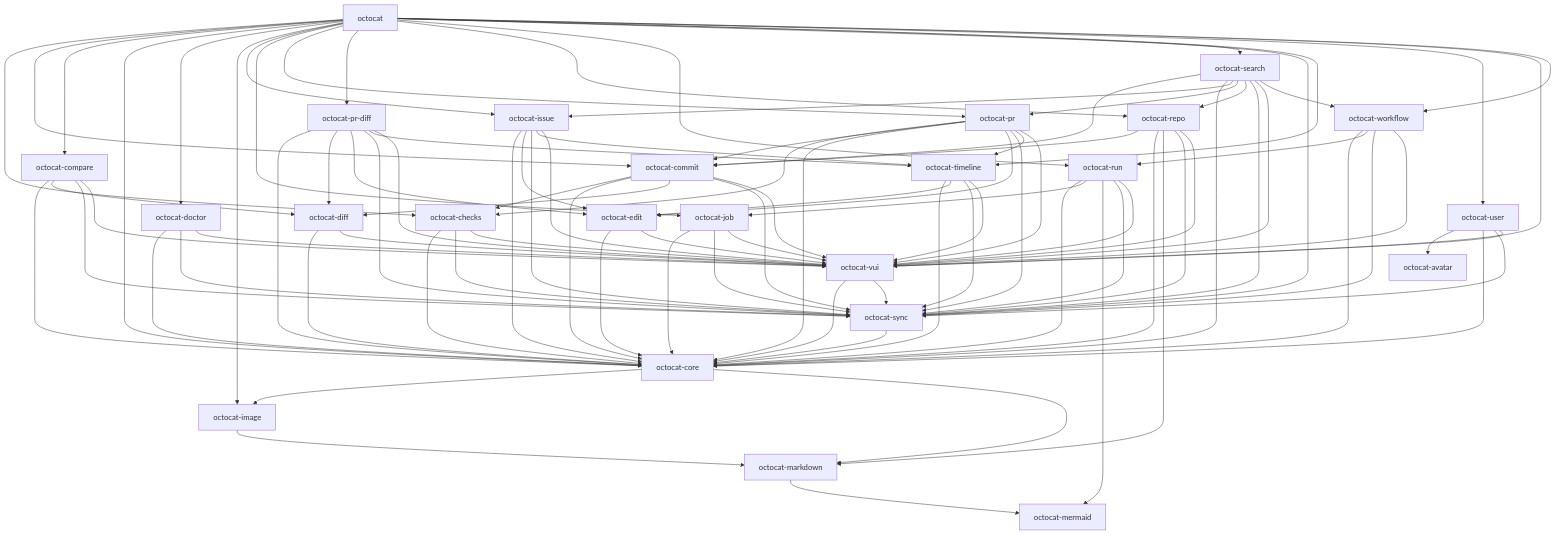
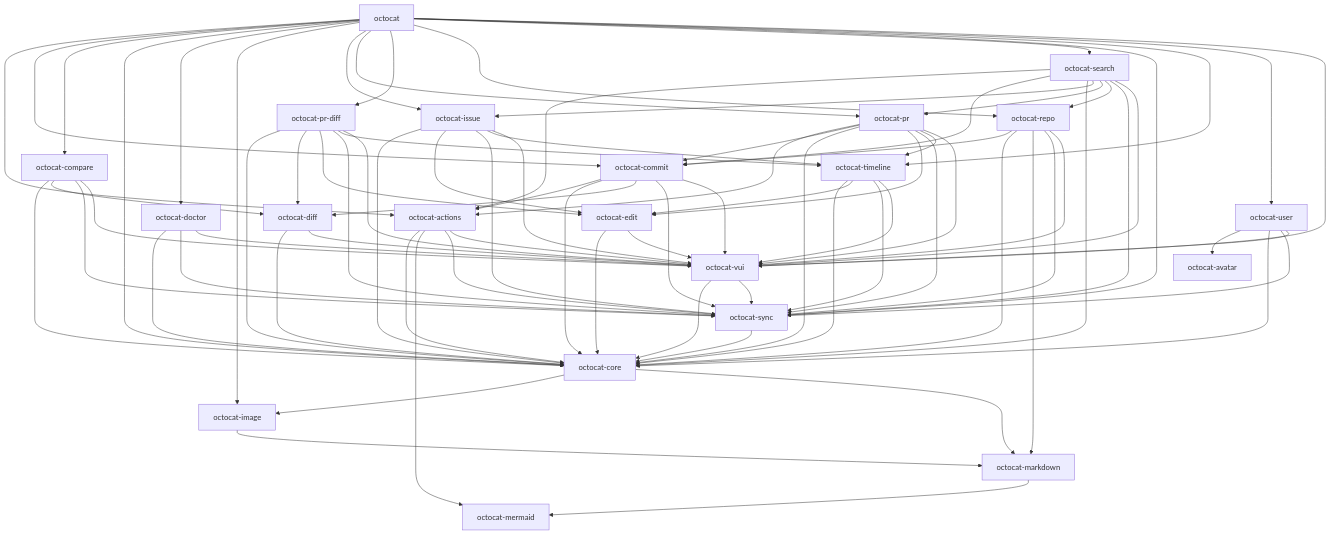
The first of 2 diagrams in docs/architecture.md (razzmatazz/octocat.el), drawn with Mermaid before and after one commit. The commit also changed other lines of this file and 17 other files, not shown here.

First line of the commit message:
Fold the job, run, workflow and checks pages into octocat-actions

````diff
--- a/docs/architecture.md
+++ b/docs/architecture.md
@@ -46,7 +48,7 @@
 ```mermaid
 flowchart TD
+  octocat_actions[octocat-actions]
   octocat_avatar[octocat-avatar]
-  octocat_checks[octocat-checks]
   octocat_commit[octocat-commit]
   octocat_compare[octocat-compare]
   octocat_core[octocat-core]
@@ -55,24 +57,22 @@
   octocat_edit[octocat-edit]
   octocat_image[octocat-image]
   octocat_issue[octocat-issue]
-  octocat_job[octocat-job]
   octocat_markdown[octocat-markdown]
   octocat_mermaid[octocat-mermaid]
   octocat_pr_diff[octocat-pr-diff]
   octocat_pr[octocat-pr]
   octocat_repo[octocat-repo]
-  octocat_run[octocat-run]
   octocat_search[octocat-search]
   octocat_sync[octocat-sync]
   octocat_timeline[octocat-timeline]
   octocat_user[octocat-user]
   octocat_vui[octocat-vui]
-  octocat_workflow[octocat-workflow]
   octocat[octocat]
-  octocat_checks --> octocat_core
-  octocat_checks --> octocat_sync
-  octocat_checks --> octocat_vui
-  octocat_commit --> octocat_checks
+  octocat_actions --> octocat_core
+  octocat_actions --> octocat_mermaid
+  octocat_actions --> octocat_sync
+  octocat_actions --> octocat_vui
+  octocat_commit --> octocat_actions
   octocat_commit --> octocat_core
   octocat_commit --> octocat_diff
   octocat_commit --> octocat_sync
@@ -96,9 +96,6 @@
   octocat_issue --> octocat_sync
   octocat_issue --> octocat_timeline
   octocat_issue --> octocat_vui
-  octocat_job --> octocat_core
-  octocat_job --> octocat_sync
-  octocat_job --> octocat_vui
   octocat_markdown --> octocat_mermaid
   octocat_pr_diff --> octocat_core
   octocat_pr_diff --> octocat_diff
@@ -106,7 +103,7 @@
   octocat_pr_diff --> octocat_sync
   octocat_pr_diff --> octocat_timeline
   octocat_pr_diff --> octocat_vui
-  octocat_pr --> octocat_checks
+  octocat_pr --> octocat_actions
   octocat_pr --> octocat_commit
   octocat_pr --> octocat_core
   octocat_pr --> octocat_edit
@@ -118,11 +115,7 @@
   octocat_repo --> octocat_markdown
   octocat_repo --> octocat_sync
   octocat_repo --> octocat_vui
-  octocat_run --> octocat_core
-  octocat_run --> octocat_job
-  octocat_run --> octocat_mermaid
-  octocat_run --> octocat_sync
-  octocat_run --> octocat_vui
+  octocat_search --> octocat_actions
   octocat_search --> octocat_commit
   octocat_search --> octocat_core
   octocat_search --> octocat_issue
@@ -130,7 +123,6 @@
   octocat_search --> octocat_repo
   octocat_search --> octocat_sync
   octocat_search --> octocat_vui
-  octocat_search --> octocat_workflow
   octocat_sync --> octocat_core
   octocat_timeline --> octocat_core
   octocat_timeline --> octocat_edit
@@ -142,26 +134,19 @@
   octocat_user --> octocat_vui
   octocat_vui --> octocat_core
   octocat_vui --> octocat_sync
-  octocat_workflow --> octocat_core
-  octocat_workflow --> octocat_run
-  octocat_workflow --> octocat_sync
-  octocat_workflow --> octocat_vui
-  octocat --> octocat_checks
+  octocat --> octocat_actions
   octocat --> octocat_commit
   octocat --> octocat_compare
   octocat --> octocat_core
   octocat --> octocat_doctor
   octocat --> octocat_image
   octocat --> octocat_issue
-  octocat --> octocat_job
   octocat --> octocat_pr
   octocat --> octocat_pr_diff
   octocat --> octocat_repo
-  octocat --> octocat_run
   octocat --> octocat_search
   octocat --> octocat_sync
   octocat --> octocat_timeline
   octocat --> octocat_user
   octocat --> octocat_vui
-  octocat --> octocat_workflow
 ```
````
